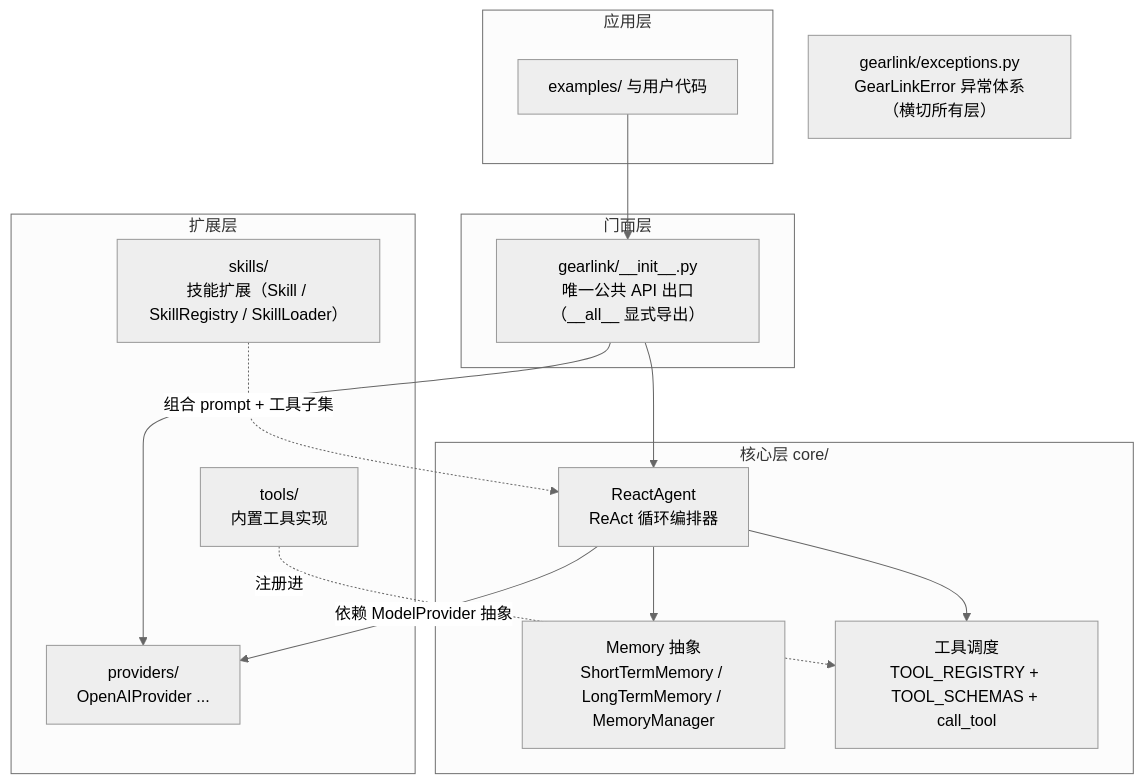
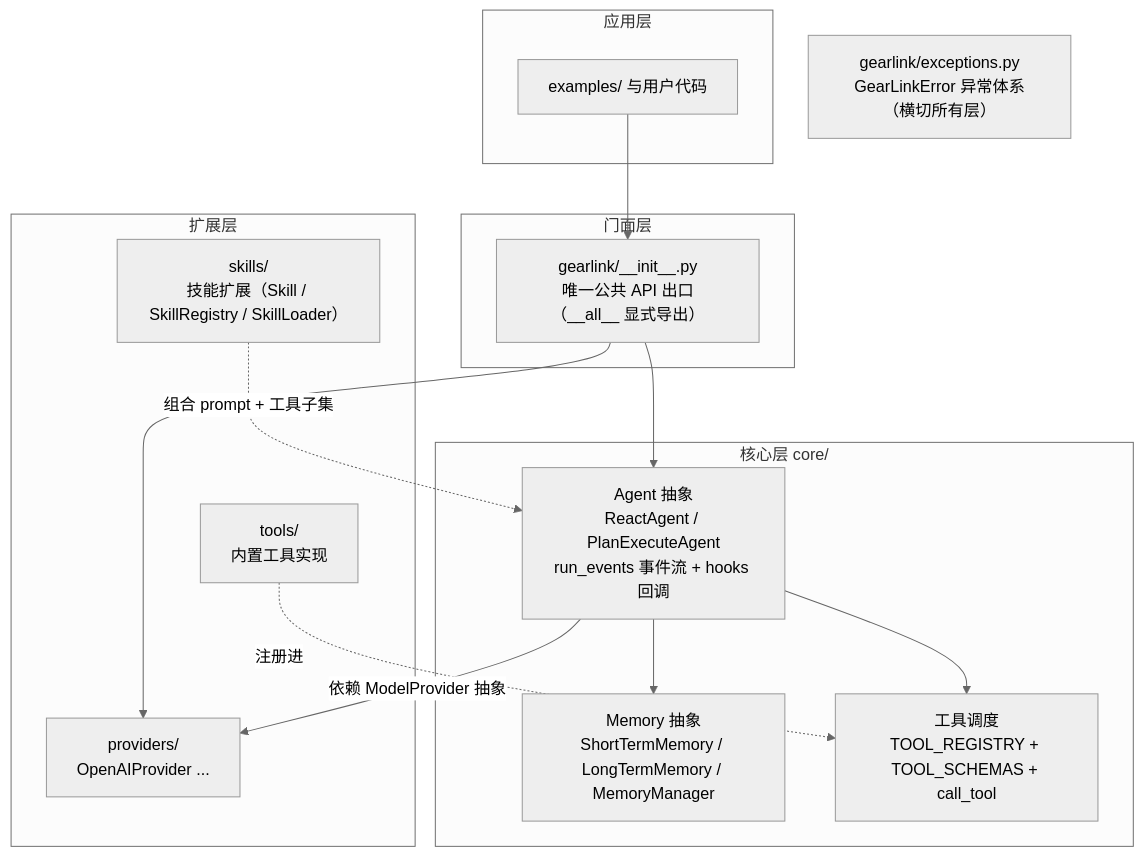
Before and after one commit to Mzys521/gearlink: the first of 4 diagrams in docs/架构设计.md, drawn with Mermaid (neutral theme). The commit also changed other lines of this file and 13 other files, not shown here.

````diff
--- a/docs/架构设计.md
+++ b/docs/架构设计.md
@@ -20,33 +20,33 @@
 ```mermaid
 flowchart TB
     subgraph app[应用层]
         EX[examples/ 与用户代码]
     end
 
     subgraph facade[门面层]
         INIT["gearlink/__init__.py<br/>唯一公共 API 出口（__all__ 显式导出）"]
     end
 
     subgraph core[核心层 core/]
-        AGENT["ReactAgent<br/>ReAct 循环编排器"]
+        AGENT["Agent 抽象<br/>ReactAgent / PlanExecuteAgent<br/>run_events 事件流 + hooks 回调"]
         MEM["Memory 抽象<br/>ShortTermMemory / LongTermMemory / MemoryManager"]
         DISP["工具调度<br/>TOOL_REGISTRY + TOOL_SCHEMAS + call_tool"]
     end
 
     subgraph ext[扩展层]
         PROV["providers/<br/>OpenAIProvider ..."]
         TOOLS["tools/<br/>内置工具实现"]
         SKILLS["skills/<br/>技能扩展（Skill / SkillRegistry / SkillLoader）"]
     end
 
     EXC["gearlink/exceptions.py<br/>GearLinkError 异常体系（横切所有层）"]
 
     EX --> INIT
     INIT --> AGENT
     INIT --> PROV
     AGENT -->|"依赖 ModelProvider 抽象"| PROV
     AGENT --> MEM
     AGENT --> DISP
     TOOLS -.->|"注册进"| DISP
     SKILLS -.->|"组合 prompt + 工具子集"| AGENT
 ```
````
